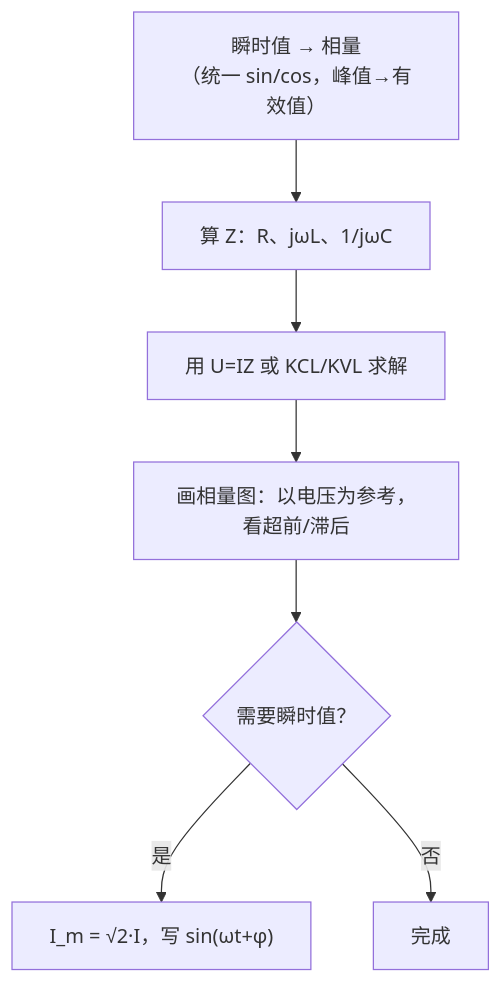
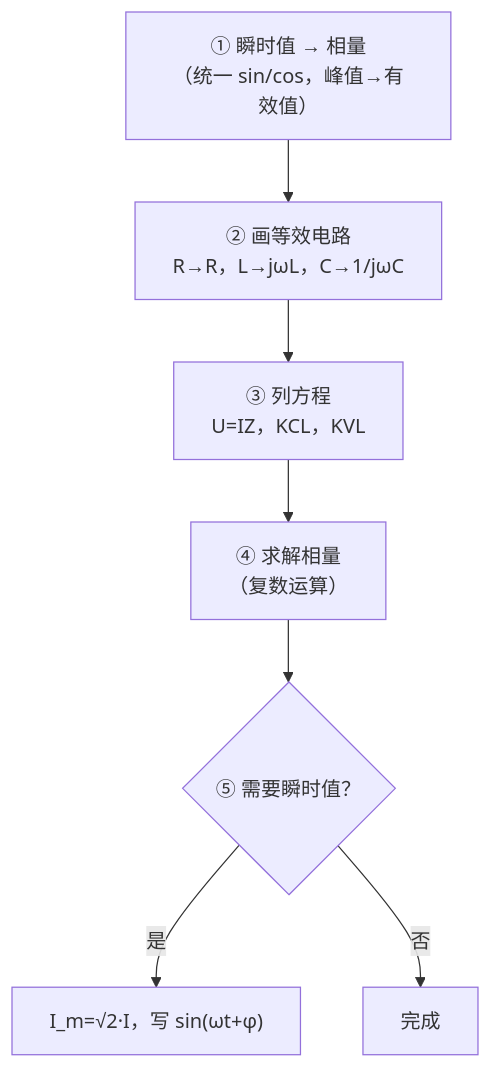
Before and after one commit to mianmianlingqi/-Electronics-and-Information-note: the diagram in 电路分析/交流电路相量分析.md, drawn with Mermaid. The commit also changed other lines of this file and 1 other file, not shown here.

````diff
--- a/电路分析/交流电路相量分析.md
+++ b/电路分析/交流电路相量分析.md
@@ -129,9 +233,9 @@
 ```mermaid
 flowchart TD
-    A["瞬时值 → 相量<br/>（统一 sin/cos，峰值→有效值）"] --> B["算 Z：R、jωL、1/jωC"]
-    B --> C["用 U=IZ 或 KCL/KVL 求解"]
-    C --> D["画相量图：以电压为参考，看超前/滞后"]
-    D --> E{"需要瞬时值？"}
-    E -- 是 --> F["I_m = √2·I，写 sin(ωt+φ)"]
+    A["① 瞬时值 → 相量<br/>（统一 sin/cos，峰值→有效值）"] --> B["② 画等效电路<br/>R→R，L→jωL，C→1/jωC"]
+    B --> C["③ 列方程<br/>U=IZ，KCL，KVL"]
+    C --> D["④ 求解相量<br/>（复数运算）"]
+    D --> E{"⑤ 需要瞬时值？"}
+    E -- 是 --> F["I_m=√2·I，写 sin(ωt+φ)"]
     E -- 否 --> G["完成"]
 ```
````
